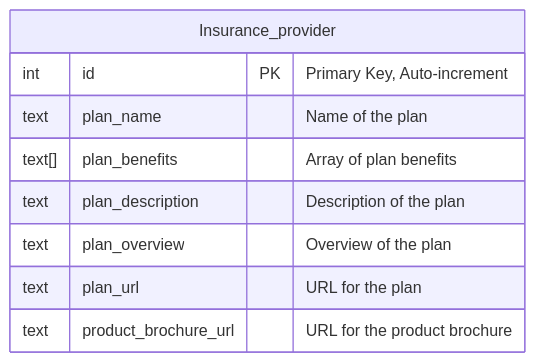
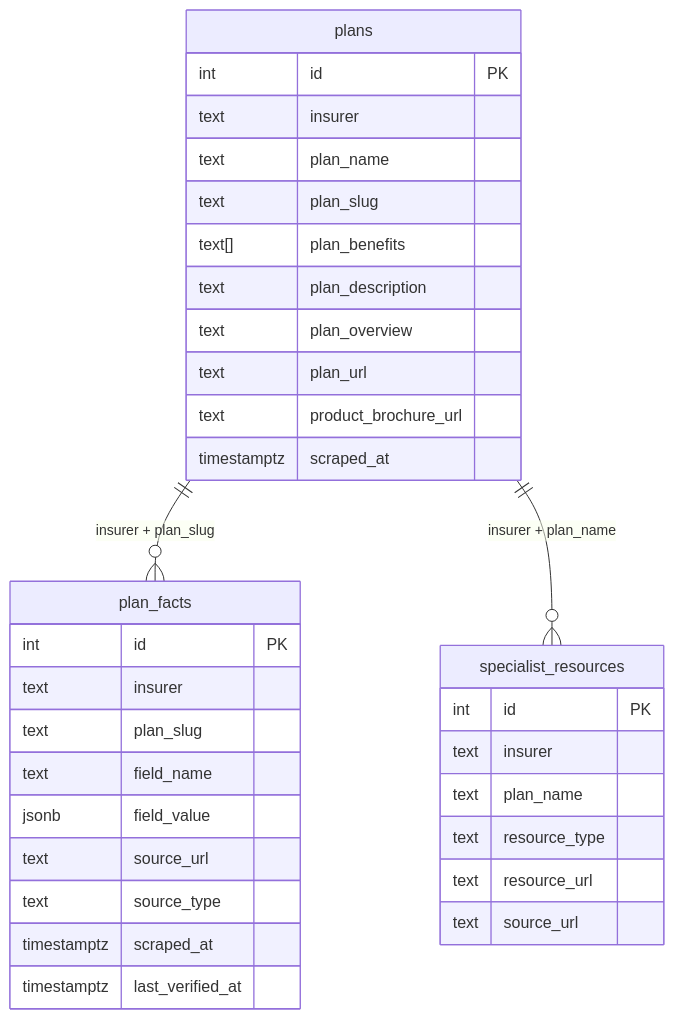
One commit to gongahkia/be-sure-ance changed the second of 2 diagrams in README.md. Above: the diagram before and after it, drawn with Mermaid. The commit also changed other lines of this file and 1 other file, not shown here.

Commit message:
Rewrite README for IFA positioning

````diff
--- a/README.md
+++ b/README.md
@@ -106,12 +104,39 @@
 ```mermaid
 erDiagram
-    Insurance_provider{
-        int id PK "Primary Key, Auto-increment"
-        text plan_name "Name of the plan"
-        text[] plan_benefits "Array of plan benefits"
-        text plan_description "Description of the plan"
-        text plan_overview "Overview of the plan"
-        text plan_url "URL for the plan"
-        text product_brochure_url "URL for the product brochure"
+    plans {
+        int id PK
+        text insurer
+        text plan_name
+        text plan_slug
+        text[] plan_benefits
+        text plan_description
+        text plan_overview
+        text plan_url
+        text product_brochure_url
+        timestamptz scraped_at
     }
+
+    plan_facts {
+        int id PK
+        text insurer
+        text plan_slug
+        text field_name
+        jsonb field_value
+        text source_url
+        text source_type
+        timestamptz scraped_at
+        timestamptz last_verified_at
+    }
+
+    specialist_resources {
+        int id PK
+        text insurer
+        text plan_name
+        text resource_type
+        text resource_url
+        text source_url
+    }
+
+    plans ||--o{ plan_facts : "insurer + plan_slug"
+    plans ||--o{ specialist_resources : "insurer + plan_name"
 ```
````
